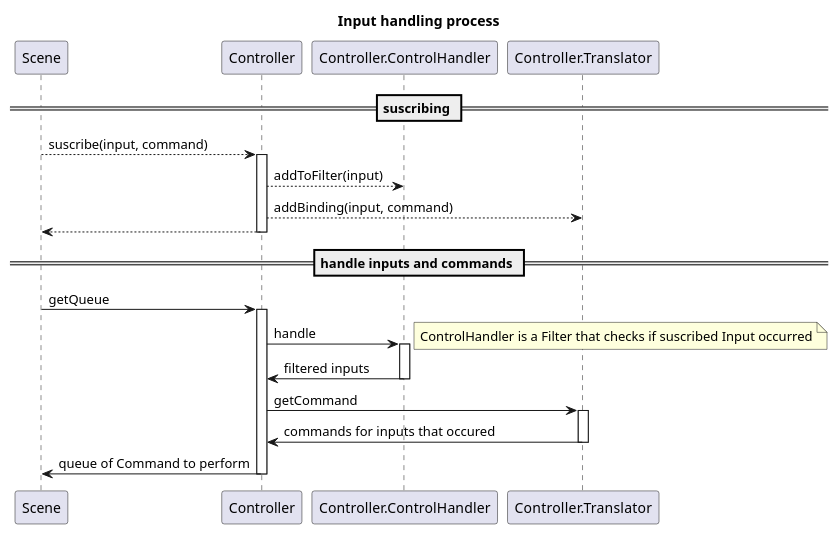
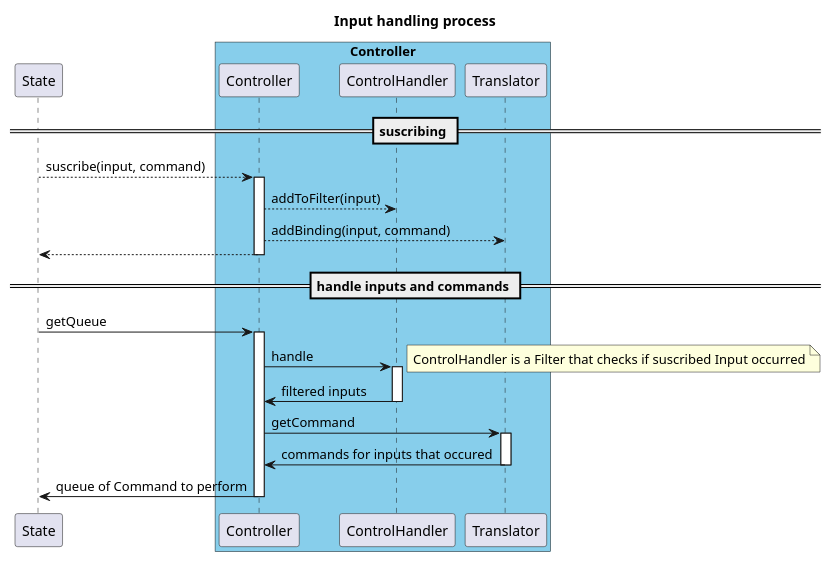
One commit to Pixotters/FROG changed the diagram in docs/diagrams/inputs.pu. Above: the diagram before and after it, drawn with PlantUML.

Commit message:
diagram formatting

```diff
--- a/docs/diagrams/inputs.pu
+++ b/docs/diagrams/inputs.pu
@@ -1,40 +1,48 @@
 @startuml
 
 title Input handling process
 
+participant State
+
+box "Controller" #SkyBlue
+    participant Controller
+    participant ControlHandler
+    participant Translator
+endbox
+
 == suscribing ==
-Scene --> Controller: suscribe(input, command)
+State --> Controller: suscribe(input, command)
 activate Controller
 
-Controller --> Controller.ControlHandler : addToFilter(input)
-'activate Controller.ControlHandler
+Controller --> ControlHandler : addToFilter(input)
+'activate ControlHandler
 
-Controller --> Controller.Translator : addBinding(input, command)
-'deactivate Controller.ControlHandler
-'activate Controller.Translator
+Controller --> Translator : addBinding(input, command)
+'deactivate ControlHandler
+'activate Translator
 
-Scene <-- Controller
-'deactivate Controller.Translator
+State <-- Controller
+'deactivate Translator
 deactivate Controller
 
 
 == handle inputs and commands ==
 
-Scene -> Controller : getQueue
+State -> Controller : getQueue
 activate Controller
 
-Controller -> Controller.ControlHandler : handle
+Controller -> ControlHandler : handle
 note right: ControlHandler is a Filter that checks if suscribed Input occurred
-activate Controller.ControlHandler
-Controller <- Controller.ControlHandler : filtered inputs
-deactivate Controller.ControlHandler
+activate ControlHandler
+Controller <- ControlHandler : filtered inputs
+deactivate ControlHandler
 
-Controller -> Controller.Translator : getCommand
-activate Controller.Translator
-Controller <- Controller.Translator : commands for inputs that occured
-deactivate Controller.Translator
+Controller -> Translator : getCommand
+activate Translator
+Controller <- Translator : commands for inputs that occured
+deactivate Translator
 
-Scene <- Controller : queue of Command to perform
+State <- Controller : queue of Command to perform
 deactivate Controller
 
 @enduml
```
